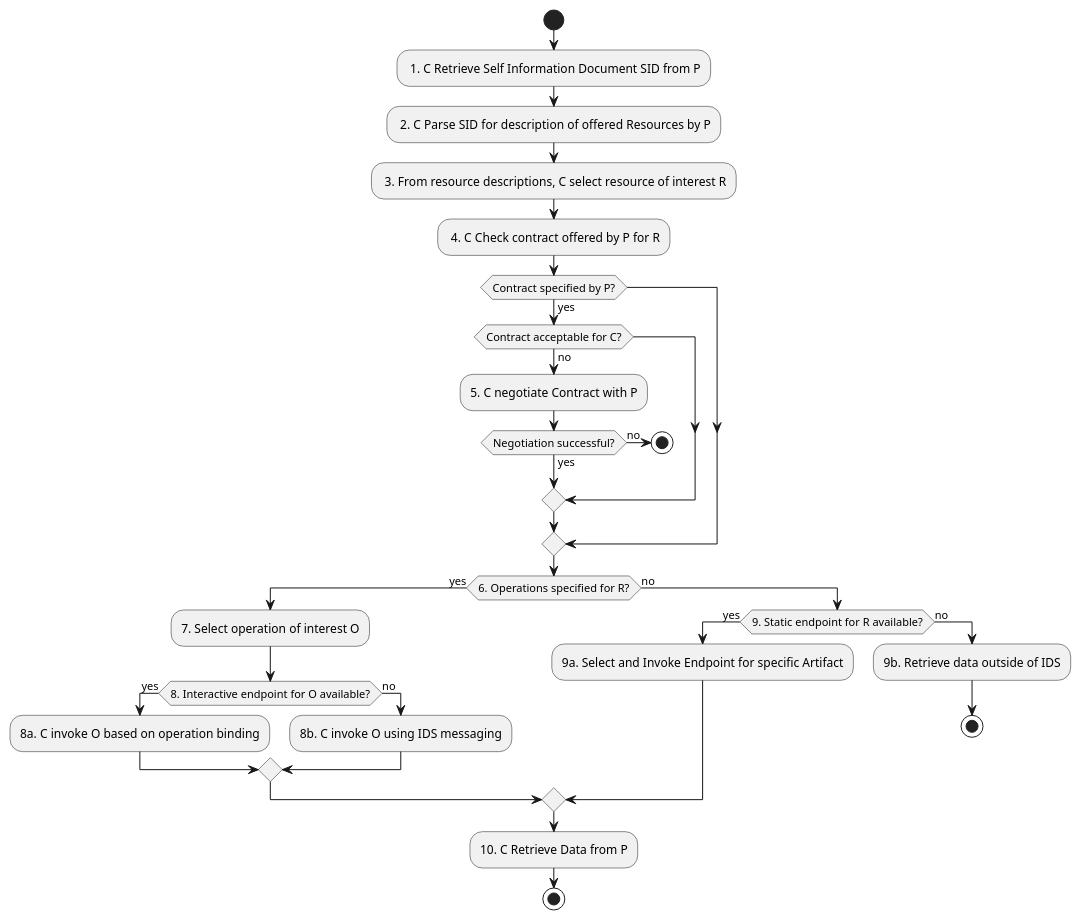
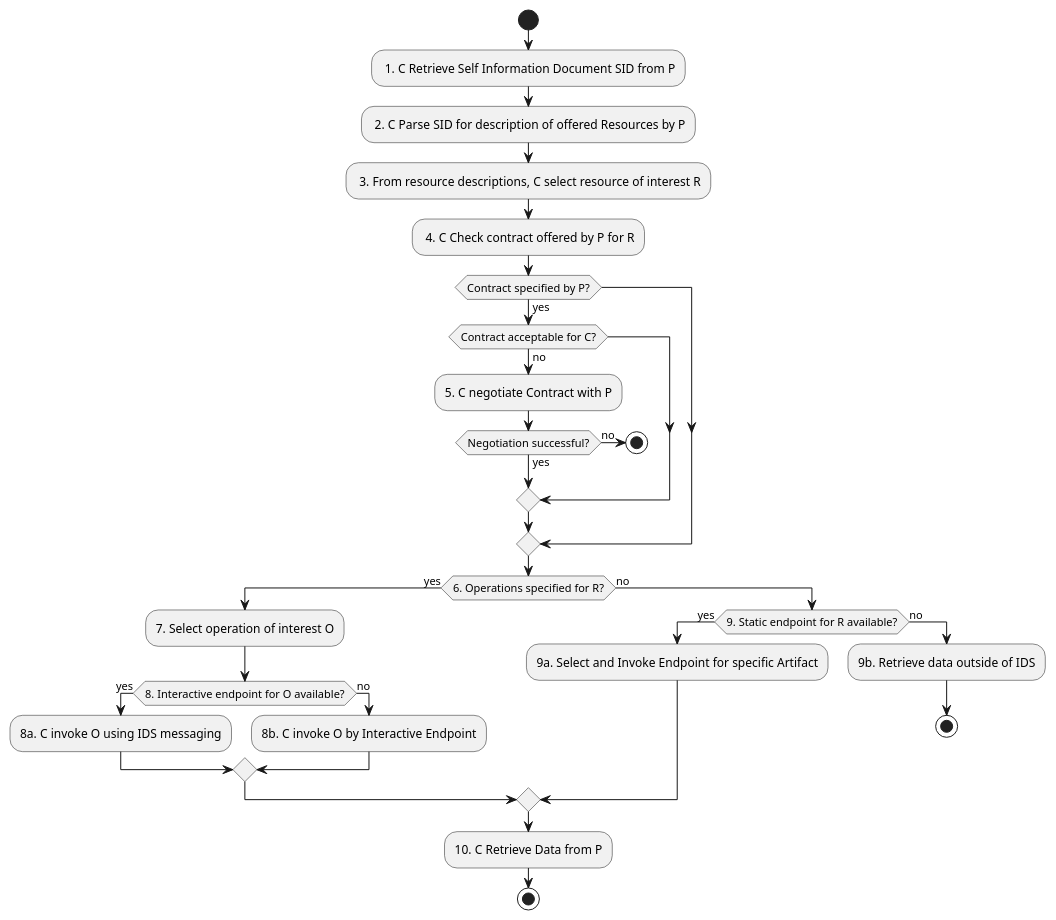
Before and after one commit to IndustrialDataSpace/Documentation: the diagram in connector_connector_interaction.plantuml, drawn with PlantUML. The commit also changed 1 other file, not shown here.

```diff
--- a/connector_connector_interaction.plantuml
+++ b/connector_connector_interaction.plantuml
@@ -1,46 +1,46 @@
 @startuml
 
 start
 
 : 1. C Retrieve Self Information Document SID from P;
 : 2. C Parse SID for description of offered Resources by P;
 : 3. From resource descriptions, C select resource of interest R;
 : 4. C Check contract offered by P for R;
 
 if (Contract specified by P?) then (yes)
     if (Contract acceptable for C?) then (no)
         :5. C negotiate Contract with P;
 
         if (Negotiation successful?) then (yes)
             else (no)
                 stop
         endif
     endif
 endif
 
 
 if (6. Operations specified for R?) then (yes)
     :7. Select operation of interest O;
 
         if (8. Interactive endpoint for O available?) then (yes)
-            :8a. C invoke O based on operation binding;
+            :8a. C invoke O using IDS messaging;
         else (no)
-            :8b. C invoke O using IDS messaging;
+            :8b. C invoke O by Interactive Endpoint;
         endif
 
     else (no)
 
         if (9. Static endpoint for R available?) then (yes)
             :9a. Select and Invoke Endpoint for specific Artifact;
         else (no)
             :9b. Retrieve data outside of IDS;
             stop
         endif
 
 endif
 
 :10. C Retrieve Data from P;
 
 stop
 
 @enduml
```
